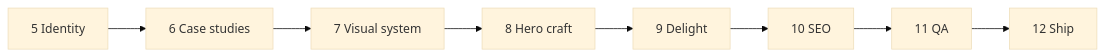
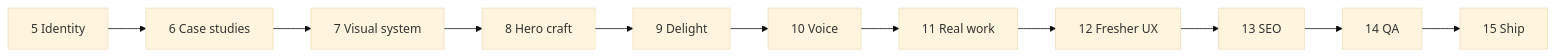
Before and after one commit to SRV332003/srv333-portfolio: the diagram in docs/roadmap.md, drawn with Mermaid (base theme). The commit also changed other lines of this file and 8 other files, not shown here.

````diff
--- a/docs/roadmap.md
+++ b/docs/roadmap.md
@@ -5,10 +7,13 @@
 ```mermaid
 flowchart LR
   P5[5 Identity] --> P6[6 Case studies]
   P6 --> P7[7 Visual system]
   P7 --> P8[8 Hero craft]
   P8 --> P9[9 Delight]
-  P9 --> P10[10 SEO]
-  P10 --> P11[11 QA]
-  P11 --> P12[12 Ship]
+  P9 --> P10[10 Voice]
+  P10 --> P11[11 Real work]
+  P11 --> P12[12 Fresher UX]
+  P12 --> P13[13 SEO]
+  P13 --> P14[14 QA]
+  P14 --> P15[15 Ship]
 ```
````
